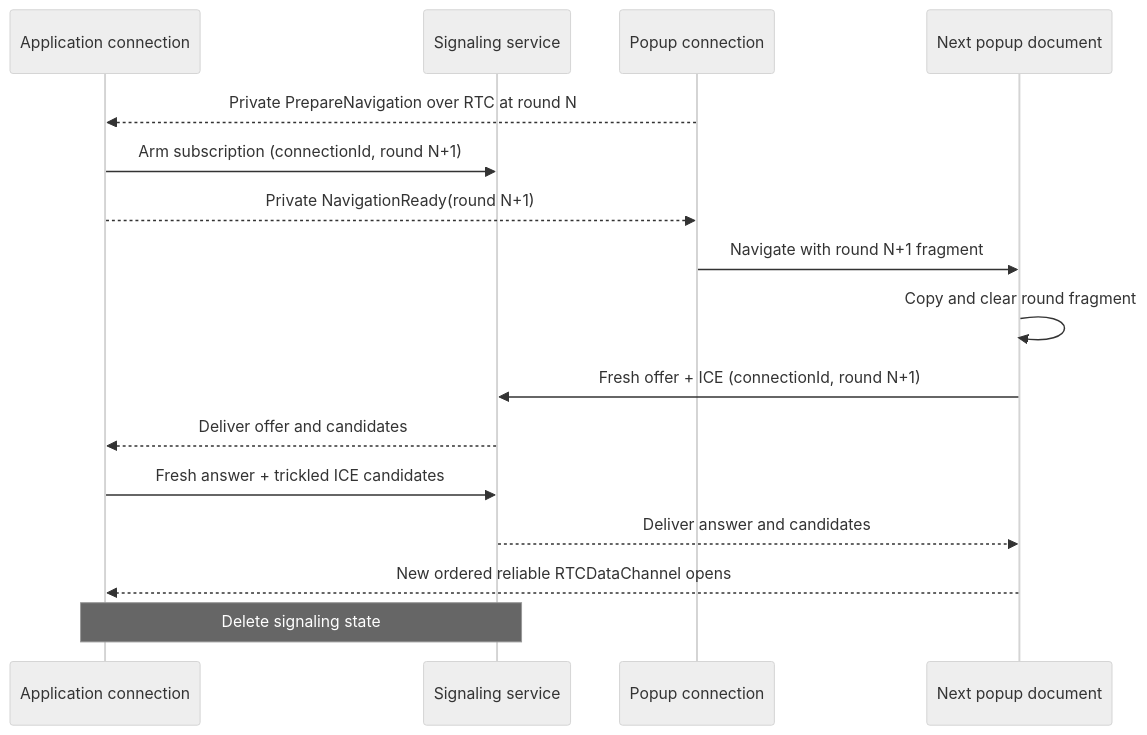
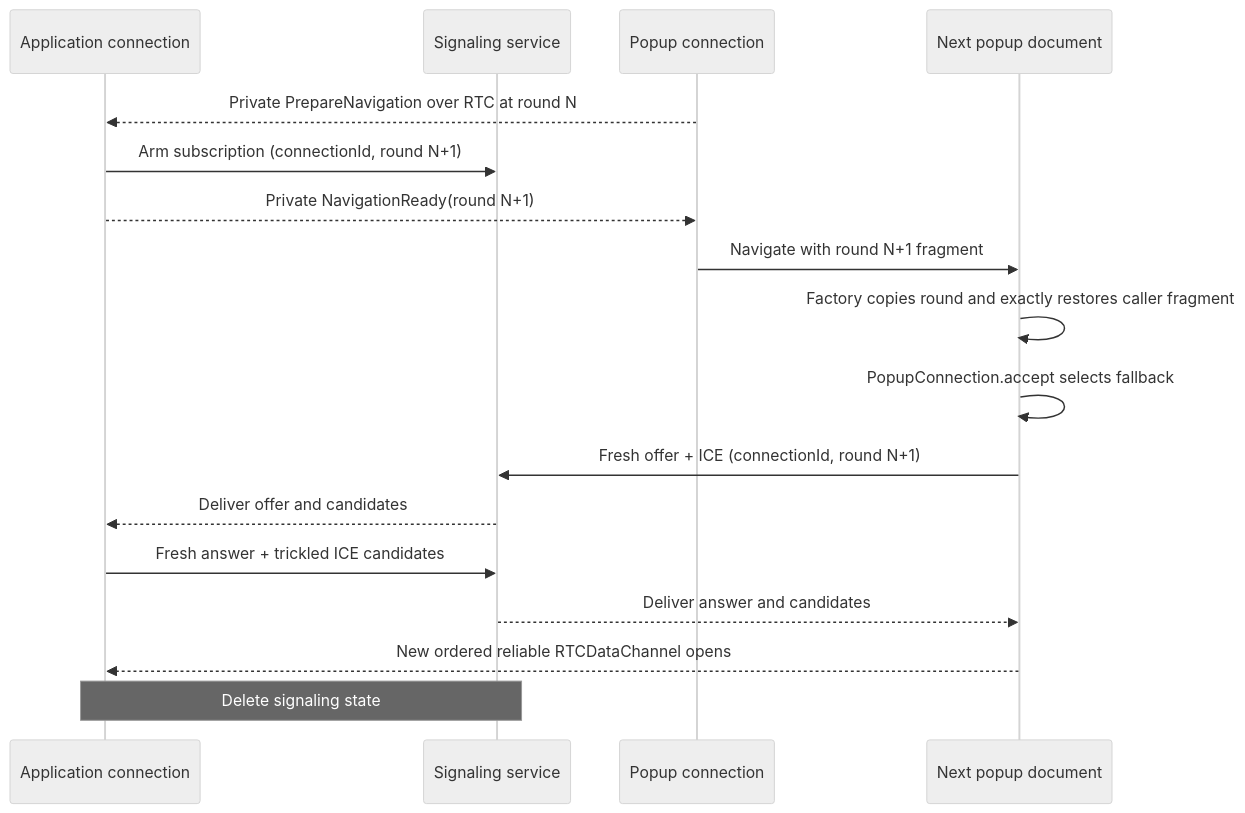
The second of 2 diagrams in ts/packages/popup/docs/webrtc.md (libid-org/libid), drawn with Mermaid (neutral theme) before and after one commit. The commit also changed other lines of this file and 3 other files, not shown here.

Commit message:
docs(popup): define RTC round bootstrap

````diff
--- a/ts/packages/popup/docs/webrtc.md
+++ b/ts/packages/popup/docs/webrtc.md
@@ -325,19 +373,20 @@
 ```mermaid
 sequenceDiagram
     participant A as Application connection
     participant G as Signaling service
     participant P as Popup connection
     participant N as Next popup document
 
     P-->>A: Private PrepareNavigation over RTC at round N
     A->>G: Arm subscription (connectionId, round N+1)
     A-->>P: Private NavigationReady(round N+1)
     P->>N: Navigate with round N+1 fragment
-    N->>N: Copy and clear round fragment
+    N->>N: Factory copies round and exactly restores caller fragment
+    N->>N: PopupConnection.accept selects fallback
     N->>G: Fresh offer + ICE (connectionId, round N+1)
     G-->>A: Deliver offer and candidates
     A->>G: Fresh answer + trickled ICE candidates
     G-->>N: Deliver answer and candidates
     N-->>A: New ordered reliable RTCDataChannel opens
     Note over A,G: Delete signaling state
 ```
````
